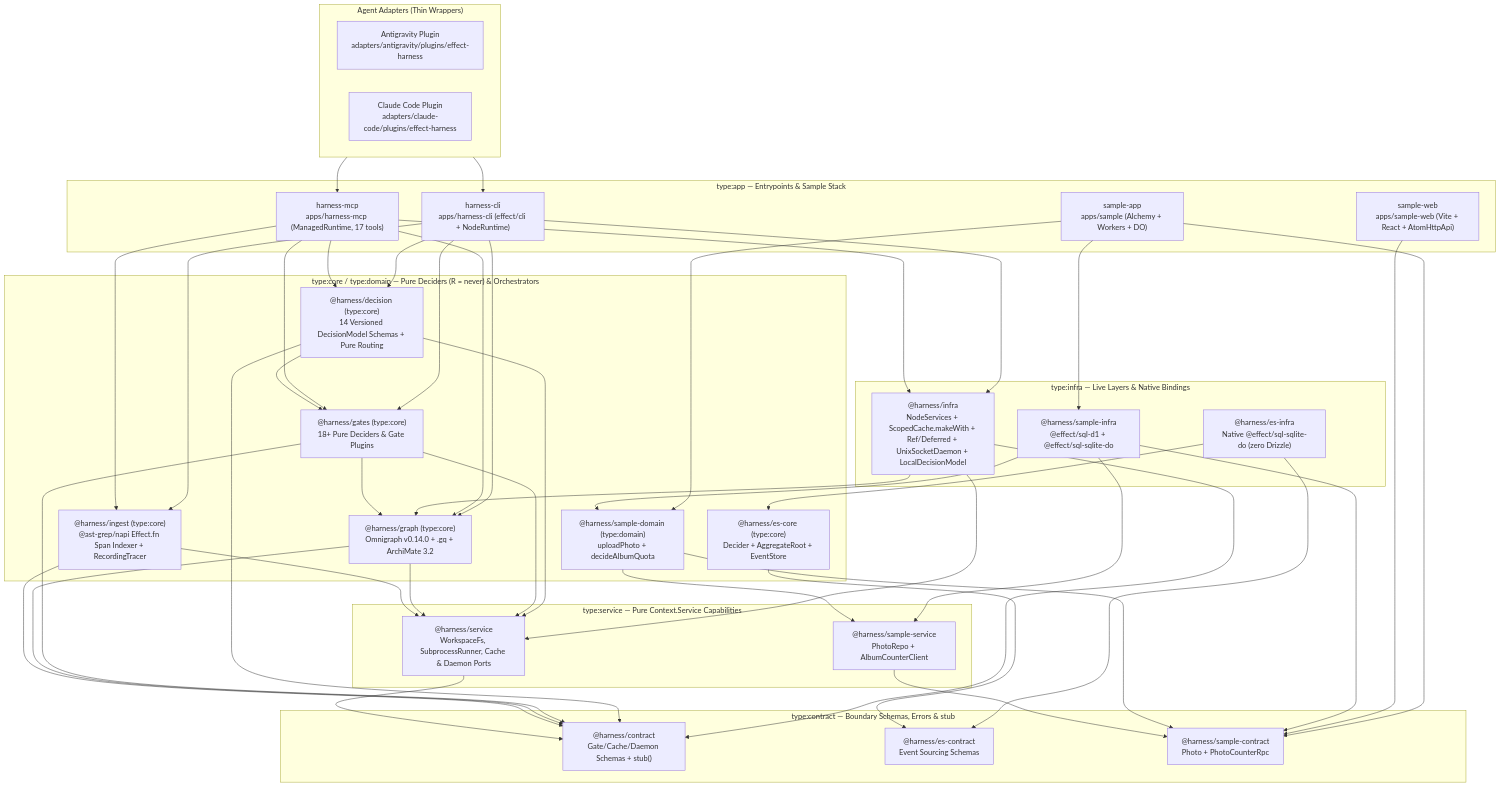
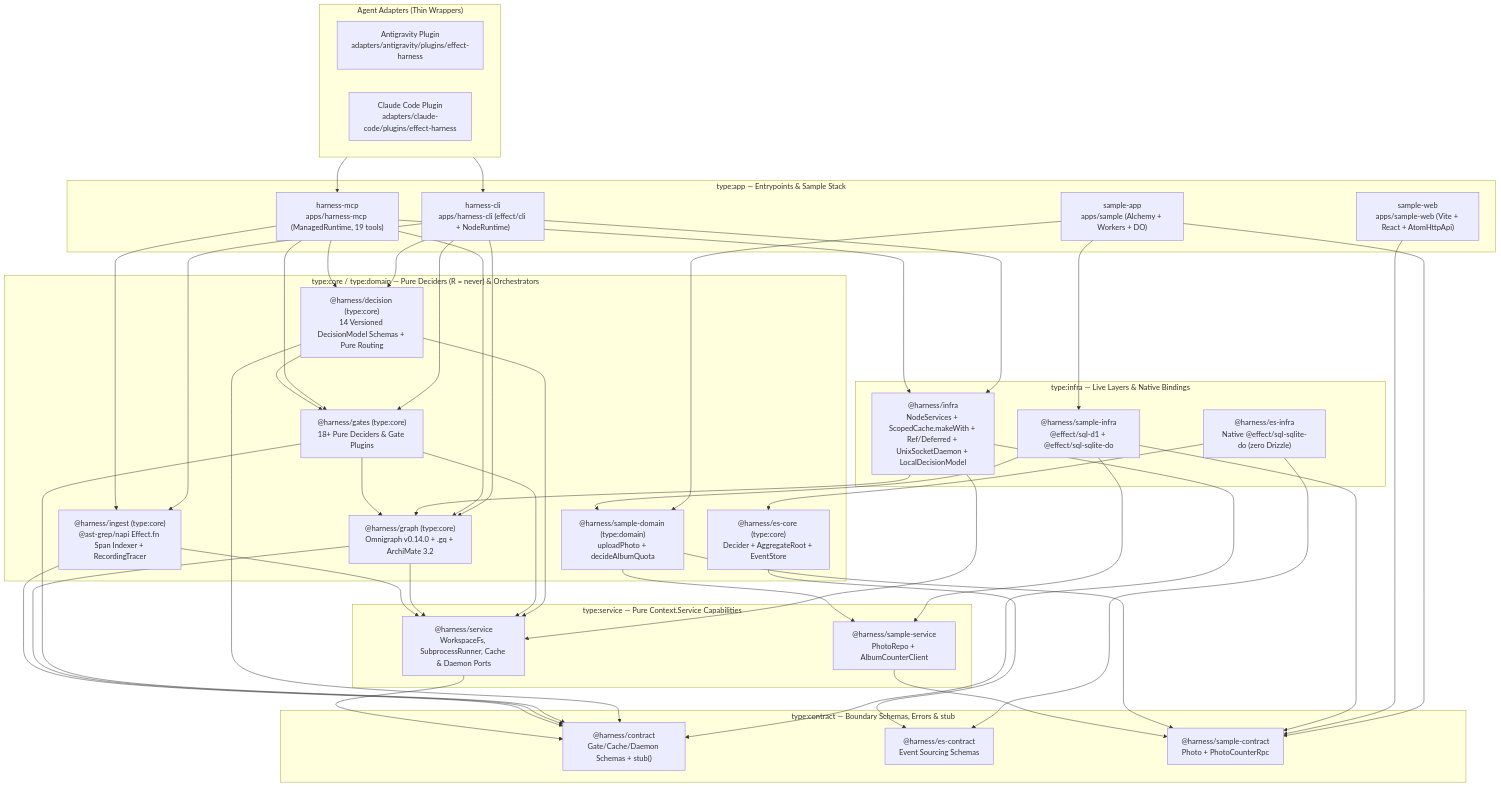
One commit to selmeci/effect-ts-harness changed the first of 2 diagrams in README.md. Above: the diagram before and after it, drawn with Mermaid. The commit also changed other lines of this file and 111 other files, not shown here.

````diff
--- a/README.md
+++ b/README.md
@@ -31,58 +31,58 @@
 ```mermaid
 flowchart TD
   subgraph Adapters["Agent Adapters (Thin Wrappers)"]
     AGY["Antigravity Plugin\nadapters/antigravity/plugins/effect-harness"]
     CC["Claude Code Plugin\nadapters/claude-code/plugins/effect-harness"]
   end
 
   subgraph Apps["type:app — Entrypoints & Sample Stack"]
     CLI["harness-cli\napps/harness-cli (effect/cli + NodeRuntime)"]
-    MCP["harness-mcp\napps/harness-mcp (ManagedRuntime, 17 tools)"]
+    MCP["harness-mcp\napps/harness-mcp (ManagedRuntime, 19 tools)"]
     SAMPLE["sample-app\napps/sample (Alchemy + Workers + DO)"]
     SAMPLE_WEB["sample-web\napps/sample-web (Vite + React + AtomHttpApi)"]
   end
 
   subgraph Infra["type:infra — Live Layers & Native Bindings"]
     HARNESS_INFRA["@harness/infra\nNodeServices + ScopedCache.makeWith + Ref/Deferred + UnixSocketDaemon + LocalDecisionModel"]
     ES_INFRA["@harness/es-infra\nNative @effect/sql-sqlite-do (zero Drizzle)"]
     SAMPLE_INFRA["@harness/sample-infra\n@effect/sql-d1 + @effect/sql-sqlite-do"]
   end
 
   subgraph CoreDomain["type:core / type:domain — Pure Deciders (R = never) & Orchestrators"]
     GATES["@harness/gates (type:core)\n18+ Pure Deciders & Gate Plugins"]
     GRAPH["@harness/graph (type:core)\nOmnigraph v0.14.0 + .gq + ArchiMate 3.2"]
     INGEST["@harness/ingest (type:core)\n@ast-grep/napi Effect.fn Span Indexer + RecordingTracer"]
     DECISION["@harness/decision (type:core)\n14 Versioned DecisionModel Schemas + Pure Routing"]
     ES_CORE["@harness/es-core (type:core)\nDecider + AggregateRoot + EventStore"]
     SAMPLE_DOM["@harness/sample-domain (type:domain)\nuploadPhoto + decideAlbumQuota"]
   end
 
   subgraph Services["type:service — Pure Context.Service Capabilities"]
     HARNESS_SVC["@harness/service\nWorkspaceFs, SubprocessRunner, Cache & Daemon Ports"]
     SAMPLE_SVC["@harness/sample-service\nPhotoRepo + AlbumCounterClient"]
   end
 
   subgraph Contracts["type:contract — Boundary Schemas, Errors & stub"]
     HARNESS_CON["@harness/contract\nGate/Cache/Daemon Schemas + stub<A,E,R>()"]
     ES_CON["@harness/es-contract\nEvent Sourcing Schemas"]
     SAMPLE_CON["@harness/sample-contract\nPhoto + PhotoCounterRpc"]
   end
 
   Adapters --> CLI
   Adapters --> MCP
   CLI --> HARNESS_INFRA & DECISION & GATES & GRAPH & INGEST
   MCP --> HARNESS_INFRA & DECISION & GATES & GRAPH & INGEST
   HARNESS_INFRA --> GRAPH & HARNESS_SVC & HARNESS_CON
   DECISION --> GATES & HARNESS_SVC & HARNESS_CON
   GATES --> GRAPH & HARNESS_SVC & HARNESS_CON
   GRAPH --> HARNESS_SVC & HARNESS_CON
   INGEST --> HARNESS_SVC & HARNESS_CON
   HARNESS_SVC --> HARNESS_CON
   SAMPLE --> SAMPLE_INFRA & SAMPLE_DOM & SAMPLE_CON
   SAMPLE_WEB --> SAMPLE_CON
   SAMPLE_INFRA --> SAMPLE_DOM & SAMPLE_SVC & SAMPLE_CON
   SAMPLE_DOM --> SAMPLE_SVC & SAMPLE_CON
   SAMPLE_SVC --> SAMPLE_CON
   ES_INFRA --> ES_CORE & ES_CON
   ES_CORE --> ES_CON
 ```
````
